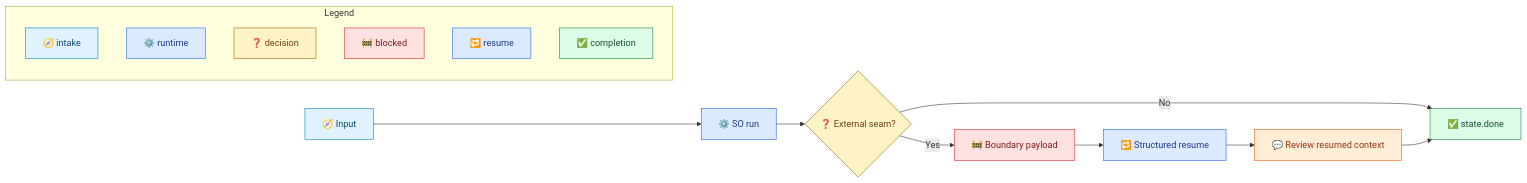
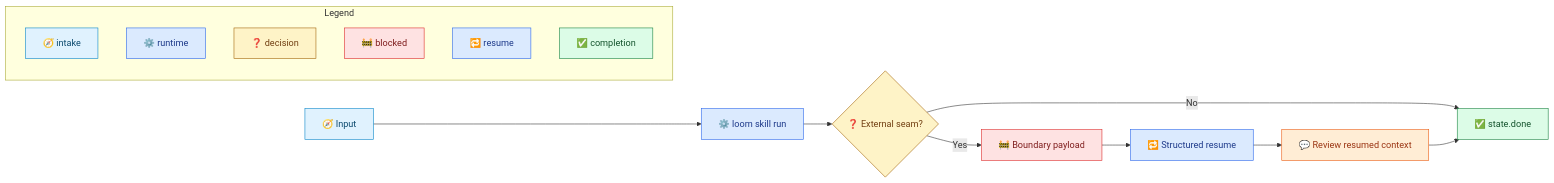
One commit to waynebaby/Techne-Loom changed the first of 2 diagrams in docs/en/examples/skill-driven-workflow.md. Above: the diagram before and after it, drawn with Mermaid. The commit also changed other lines of this file and 45 other files, not shown here.

````diff
--- a/docs/en/examples/skill-driven-workflow.md
+++ b/docs/en/examples/skill-driven-workflow.md
@@ -186,37 +186,37 @@
 ```mermaid
 flowchart LR
-    A["🧭 Input"] --> B["⚙️ SO run"]
+    A["🧭 Input"] --> B["⚙️ loom skill run"]
     B --> C{"❓ External seam?"}
     C -- "No" --> D["✅ state.done"]
     C -- "Yes" --> E["🚧 Boundary payload"]
     E --> F["🔁 Structured resume"]
     F --> G["💬 Review resumed context"]
     G --> D
 
     classDef intake fill:#e0f2fe,stroke:#0284c7,color:#0c4a6e;
     classDef runtime fill:#dbeafe,stroke:#2563eb,color:#1e3a8a;
     classDef decision fill:#fef3c7,stroke:#a16207,color:#713f12;
     classDef blocked fill:#fee2e2,stroke:#dc2626,color:#7f1d1d;
     classDef review fill:#ffedd5,stroke:#ea580c,color:#9a3412;
     classDef done fill:#dcfce7,stroke:#15803d,color:#14532d;
     class A intake;
     class B,F runtime;
     class C decision;
     class E blocked;
     class G review;
     class D done;
     subgraph legend["Legend"]
         L1["🧭 intake"]
         L2["⚙️ runtime"]
         L3["❓ decision"]
         L4["🚧 blocked"]
         L5["🔁 resume"]
         L6["✅ completion"]
     end
     class L1 intake;
     class L2 runtime;
     class L3 decision;
     class L4 blocked;
     class L5 runtime;
     class L6 done;
 ```
````
